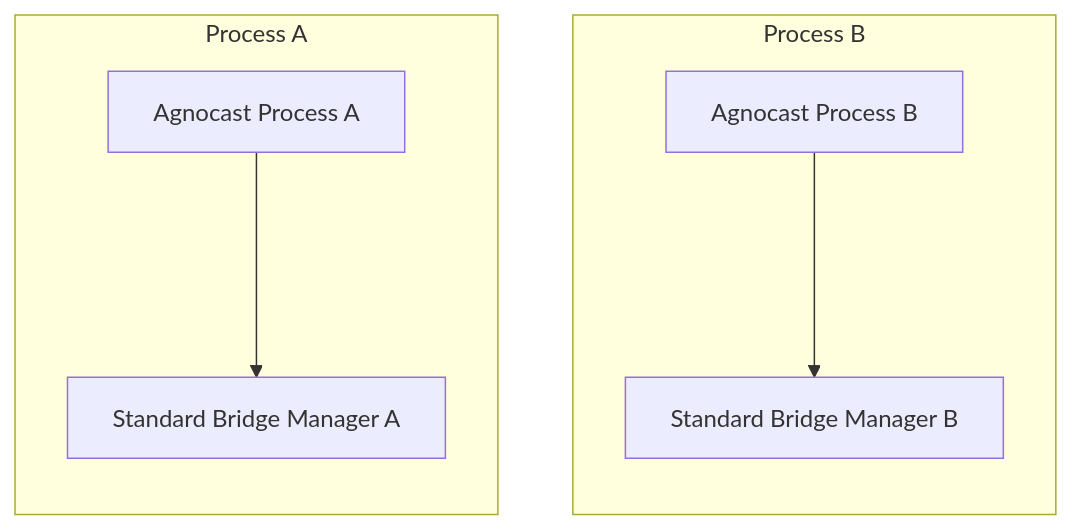
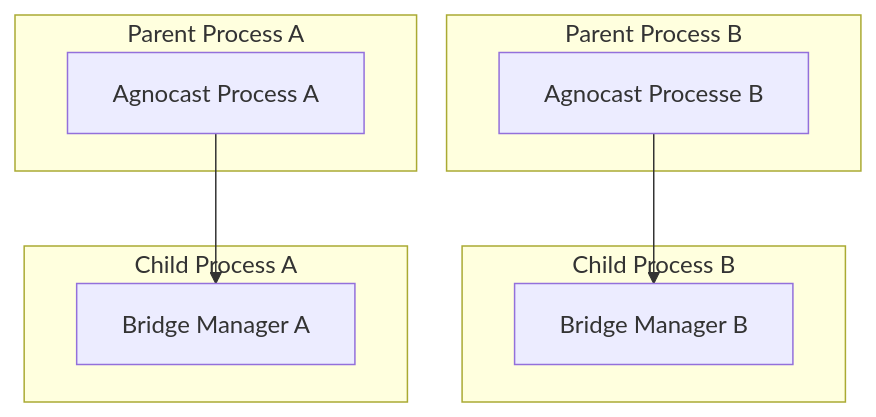
One commit to tier4/agnocast changed the second of 5 diagrams in docs/agnocast_ros2_bridge.md. Above: the diagram before and after it, drawn with Mermaid.

Commit message:
refactor: fig

````diff
--- a/docs/agnocast_ros2_bridge.md
+++ b/docs/agnocast_ros2_bridge.md
@@ -65,20 +65,21 @@
 ```mermaid
-flowchart LR
-    subgraph GroupA [Process A]
-        direction TB
-        ProcA[Agnocast Process A]
-        BMA[Standard Bridge Manager A]
-        
-        ProcA ---> BMA
+flowchart TB    
+    subgraph ParentB ["Parent Process B"]
+        ProcB[Agnocast Processe B]
     end
 
-    subgraph GroupB [Process B]
-        direction TB
-        ProcB[Agnocast Process B]
-        BMB[Standard Bridge Manager B]
-        
-        ProcB ---> BMB
+    subgraph ParentA ["Parent Process A"]
+        ProcA[Agnocast Process A]
+    end
+    
+    subgraph ChildB ["Child Process B"]
+        BMB[Bridge Manager B]
     end
 
-    GroupA ~~~ GroupB
+    subgraph ChildA ["Child Process A"]
+        BMA[Bridge Manager A]
+    end
+    
+    ProcA --> BMA
+    ProcB --> BMB
 ```
````
